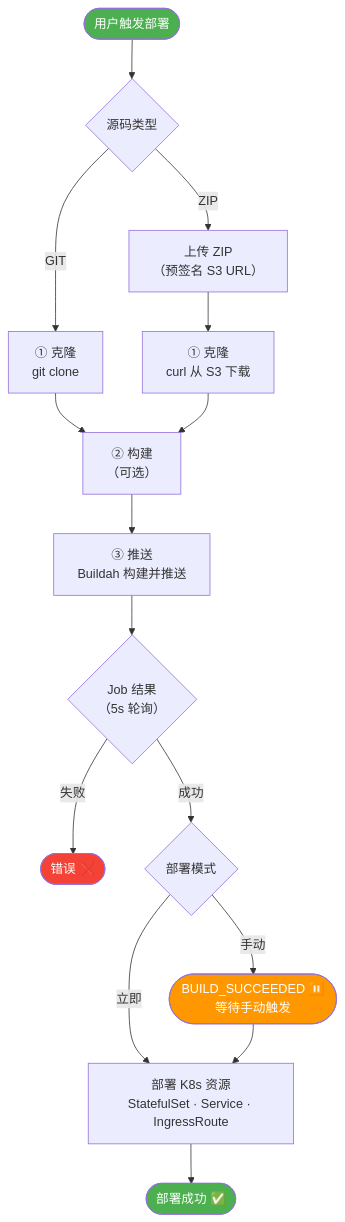
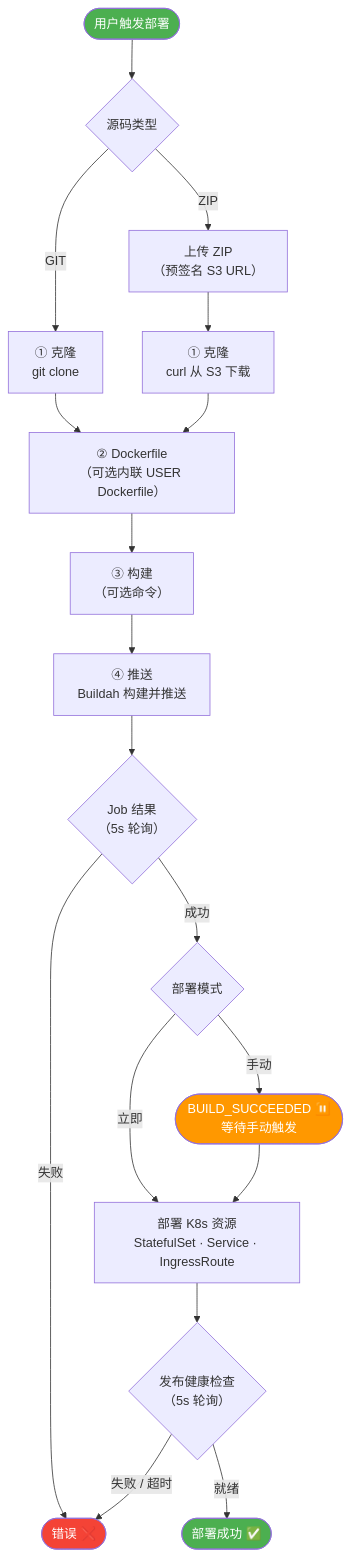
Before and after one commit to wellCh4n/oops: the first of 2 diagrams in docs/README.zh.md, drawn with Mermaid. The commit also changed other lines of this file and 2 other files, not shown here.

````diff
--- a/docs/README.zh.md
+++ b/docs/README.zh.md
@@ -99,22 +105,25 @@
 ```mermaid
 flowchart TD
     Start([用户触发部署]) --> Src{源码类型}
     Src -->|GIT| Clone["① 克隆<br/>git clone"]
     Src -->|ZIP| Upload["上传 ZIP<br/>（预签名 S3 URL）"]
     Upload --> CloneZ["① 克隆<br/>curl 从 S3 下载"]
-    Clone --> Build["② 构建<br/>（可选）"]
-    CloneZ --> Build
-    Build --> Push["③ 推送<br/>Buildah 构建并推送"]
+    Clone --> Dockerfile["② Dockerfile<br/>（可选内联 USER Dockerfile）"]
+    CloneZ --> Dockerfile
+    Dockerfile --> Build["③ 构建<br/>（可选命令）"]
+    Build --> Push["④ 推送<br/>Buildah 构建并推送"]
     Push --> Scan{"Job 结果<br/>（5s 轮询）"}
     Scan -->|失败| Err([错误 ❌])
     Scan -->|成功| Mode{部署模式}
     Mode -->|手动| Wait([BUILD_SUCCEEDED ⏸️<br/>等待手动触发])
     Mode -->|立即| Deploy["部署 K8s 资源<br/>StatefulSet · Service · IngressRoute"]
     Wait --> Deploy
-    Deploy --> Ok([部署成功 ✅])
+    Deploy --> Rollout{"发布健康检查<br/>（5s 轮询）"}
+    Rollout -->|就绪| Ok([部署成功 ✅])
+    Rollout -->|失败 / 超时| Err
 
     style Start fill:#4CAF50,color:#fff
     style Ok fill:#4CAF50,color:#fff
     style Err fill:#f44336,color:#fff
     style Wait fill:#FF9800,color:#fff
 ```
````
